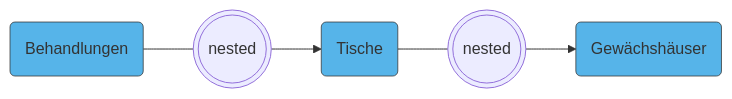
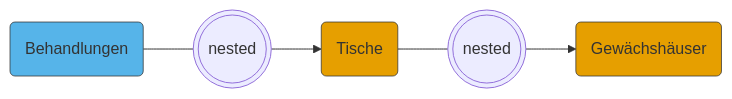
The first of 2 diagrams in stat-modeling-mixed.qmd (jkruppa/jkruppa.github.io), drawn with Mermaid before and after one commit. The commit also changed other lines of this file and 11 other files, not shown here.

````diff
--- a/stat-modeling-mixed.qmd
+++ b/stat-modeling-mixed.qmd
@@ -33,8 +53,9 @@
 ```{mermaid}
 %%| label: fig-mermaid-r-mixed-01
 %%| fig-width: 6
-%%| fig-cap: "Beispiel für drei Faktoren und deren Abhänigigkeitsstruktur untereinander. Die Behandlungen sind in den Tischen genested und die Tische in den Gewächshäusern."
+%%| fig-cap: "Beispiel für drei Faktoren und deren Abhänigigkeitsstruktur untereinander. Die Behandlungen sind in den Tischen genested und die Tische in den Gewächshäusern. Die festen Effekte sind als blaue Kästen und die zufälligen als orange Kästen eingefärbt."
 flowchart LR
-    C(Behandlungen):::factor --- D(((nested))) --> E(Tische):::factor --- F(((nested))) --> G(Gewächshäuser):::factor
-    classDef factor fill:#56B4E9,stroke:#333,stroke-width:0.75px
+    C(Behandlungen):::fixed --- D(((nested))) --> E(Tische):::random --- F(((nested))) --> G(Gewächshäuser):::random
+    classDef fixed fill:#56B4E9,stroke:#333,stroke-width:0.75px
+    classDef random fill:#E69F00,stroke:#333,stroke-width:0.75px
 ```
````
